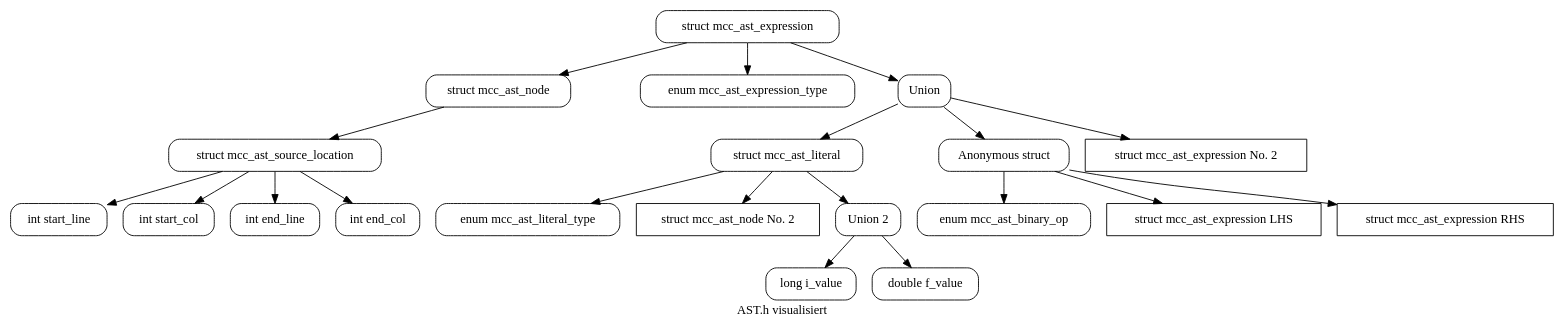
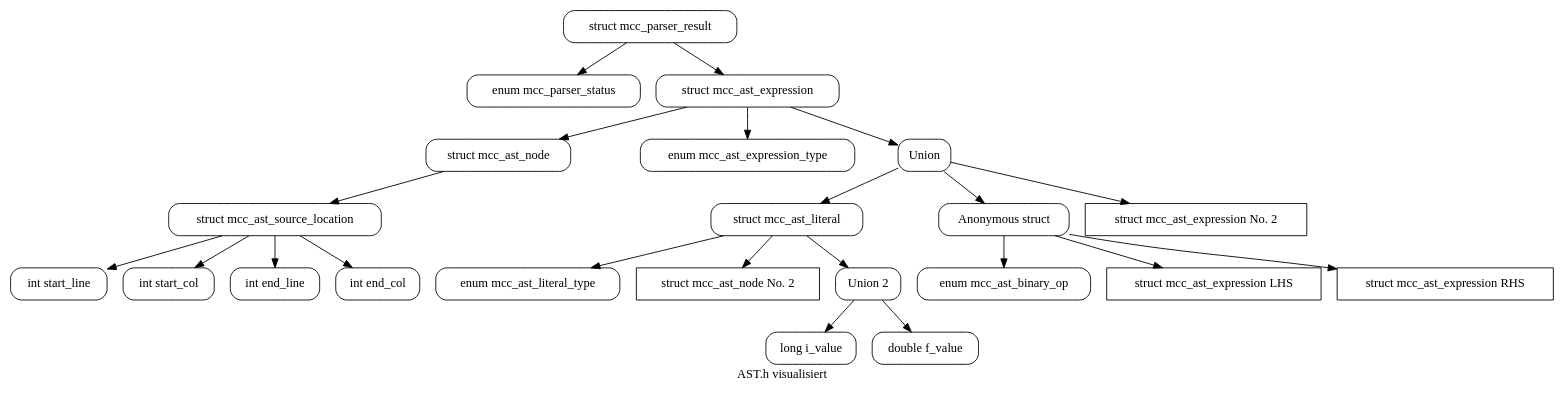
Before and after one commit to RaoulSchikora/compiler: the diagram in tmp_development/Oliver/data_structures/graph.dot, drawn with Graphviz. The commit also changed 4 other files, not shown here.

```diff
--- a/tmp_development/Oliver/data_structures/graph.dot
+++ b/tmp_development/Oliver/data_structures/graph.dot
@@ -1,46 +1,50 @@
 digraph {
 	label="AST.h visualisiert"
 	
+	"struct mcc_parser_result"[shape="box", style=rounded];
+	"enum mcc_parser_status"[shape="box",style=rounded];
 	"struct mcc_ast_source_location"[shape="box", style=rounded];
 	"int start_line"[shape="box", style=rounded];
 	"int start_col"[shape="box", style=rounded];
 	"int end_line"[shape="box", style=rounded];
 	"int end_col"[shape="box", style=rounded];
 	"struct mcc_ast_node"[shape="box", style=rounded];
 	"enum mcc_ast_binary_op"[shape="box", style=rounded];
 	"enum mcc_ast_expression_type"[shape="box", style=rounded];
 	"struct mcc_ast_expression"[shape="box", style=rounded];
 	"enum mcc_ast_literal_type"[shape="box", style=rounded];
 	"struct mcc_ast_literal"[shape="box", style=rounded];
 	"Union"[shape="box", style=rounded];
 	"Anonymous struct"[shape="box", style=rounded];
 	"struct mcc_ast_expression LHS"[shape="box"];
 	"struct mcc_ast_expression RHS"[shape="box"];
 	"struct mcc_ast_expression No. 2"[shape="box"];
 	"struct mcc_ast_node No. 2"[shape="box"];
 	"Union 2"[shape="box",style=rounded];
 	"long i_value"[shape="box",style=rounded];
 	"double f_value"[shape="box",style=rounded];
 	
 	"struct mcc_ast_source_location" -> "int start_line";
 	"struct mcc_ast_source_location" -> "int start_col";	
 	"struct mcc_ast_source_location" -> "int end_line";
 	"struct mcc_ast_source_location" -> "int end_col";
 	
 	"struct mcc_ast_node" -> "struct mcc_ast_source_location";
 	
 	"struct mcc_ast_expression" -> "struct mcc_ast_node";
 	"struct mcc_ast_expression" -> "enum mcc_ast_expression_type";
 	"struct mcc_ast_expression" -> "Union";
 	"Union" -> "struct mcc_ast_literal";	
 	"Union" -> "Anonymous struct";
 	"Union" -> "struct mcc_ast_expression No. 2";
 	"Anonymous struct" -> "enum mcc_ast_binary_op";
 	"Anonymous struct" -> "struct mcc_ast_expression LHS";
 	"Anonymous struct" -> "struct mcc_ast_expression RHS";
 	"struct mcc_ast_literal" -> "struct mcc_ast_node No. 2";
 	"struct mcc_ast_literal" -> "enum mcc_ast_literal_type";
 	"struct mcc_ast_literal" -> "Union 2";
 	"Union 2" -> "long i_value";
 	"Union 2" -> "double f_value";
+	"struct mcc_parser_result" -> "enum mcc_parser_status";
+	"struct mcc_parser_result" -> "struct mcc_ast_expression";
 }
```
